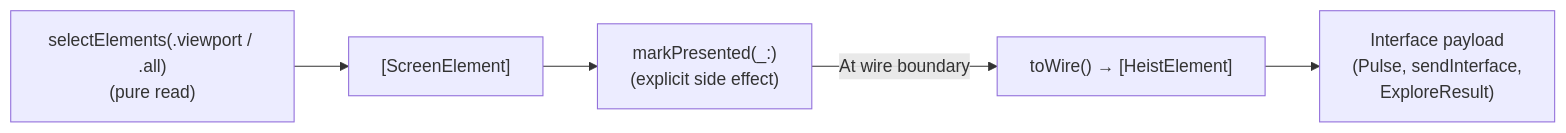
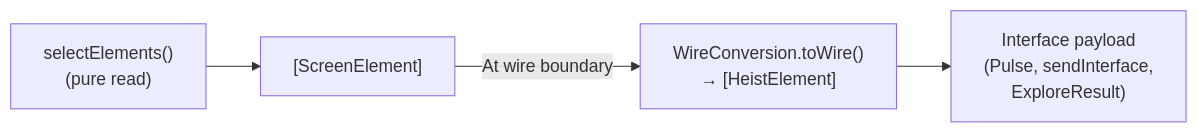
Before and after one commit to RoyalPineapple/TheButtonHeist: the third of 4 diagrams in docs/dossiers/13-THESTASH.md, drawn with Mermaid. The commit also changed other lines of this file and 13 other files, not shown here.

````diff
--- a/docs/dossiers/13-THESTASH.md
+++ b/docs/dossiers/13-THESTASH.md
@@ -133,7 +112,6 @@
 ```mermaid
 flowchart LR
-    Sel["selectElements(.viewport / .all)<br/>(pure read)"] --> SE["[ScreenElement]"]
-    SE --> MP["markPresented(_:)<br/>(explicit side effect)"]
-    MP -->|"At wire boundary"| TW["toWire() → [HeistElement]"]
+    Sel["selectElements()<br/>(pure read)"] --> SE["[ScreenElement]"]
+    SE -->|"At wire boundary"| TW["WireConversion.toWire()<br/>→ [HeistElement]"]
     TW --> Interface["Interface payload<br/>(Pulse, sendInterface,<br/>ExploreResult)"]
 ```
````
